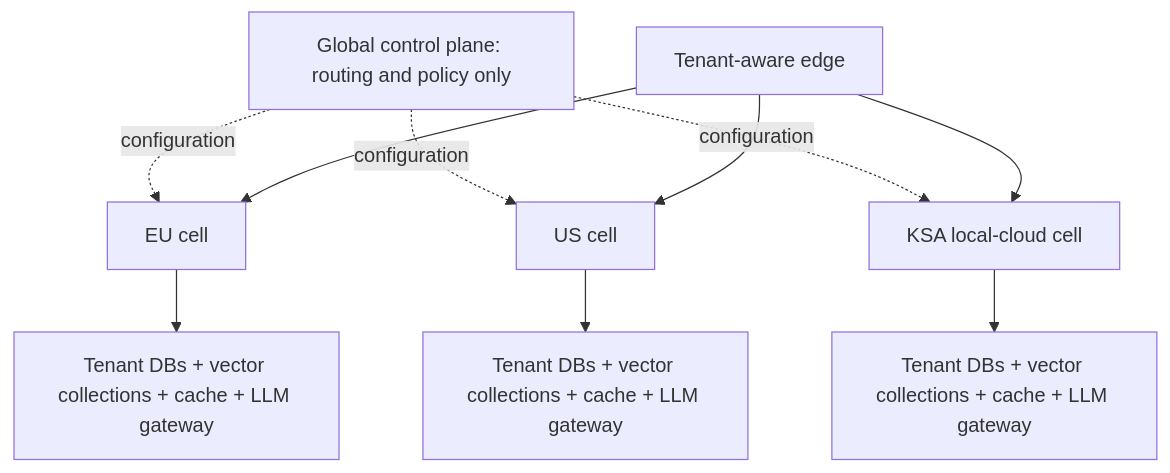
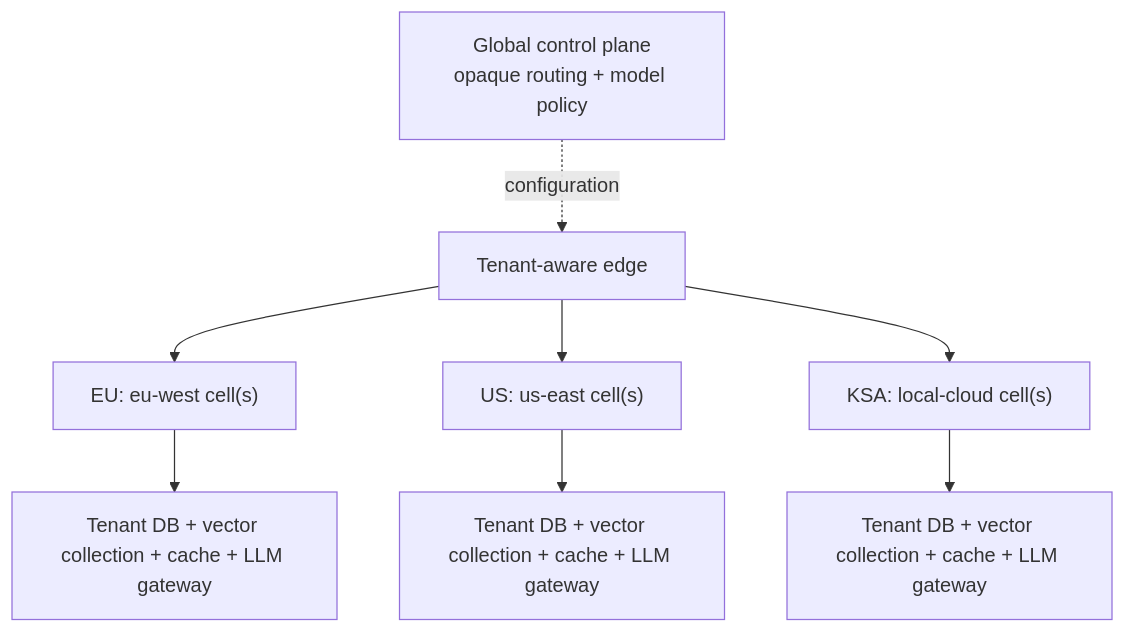
Before and after one commit to javayp/orderiq: the diagram in docs/infrastructure.md, drawn with Mermaid. The commit also changed other lines of this file and 1 other file, not shown here.

````diff
--- a/docs/infrastructure.md
+++ b/docs/infrastructure.md
@@ -15,12 +19,10 @@
 ```mermaid
 flowchart TB
-    CP["Global control plane: routing and policy only"] -. configuration .-> EU["EU cell"]
-    CP -. configuration .-> US["US cell"]
-    CP -. configuration .-> KSA["KSA local-cloud cell"]
-    Edge["Tenant-aware edge"] --> EU
-    Edge --> US
-    Edge --> KSA
-    EU --> EUD["Tenant DBs + vector collections + cache + LLM gateway"]
-    US --> USD["Tenant DBs + vector collections + cache + LLM gateway"]
-    KSA --> KSAD["Tenant DBs + vector collections + cache + LLM gateway"]
+    CP["Global control plane<br/>opaque routing + model policy"] -. configuration .-> Edge["Tenant-aware edge"]
+    Edge --> EU["EU: eu-west cell(s)"]
+    Edge --> US["US: us-east cell(s)"]
+    Edge --> KSA["KSA: local-cloud cell(s)"]
+    EU --> EUD["Tenant DB + vector collection + cache + LLM gateway"]
+    US --> USD["Tenant DB + vector collection + cache + LLM gateway"]
+    KSA --> KSAD["Tenant DB + vector collection + cache + LLM gateway"]
 ```
````
